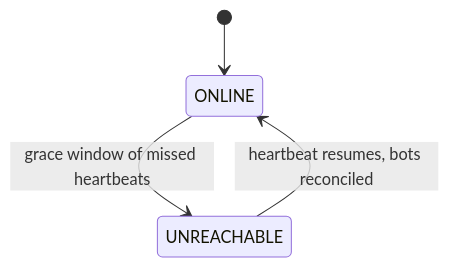
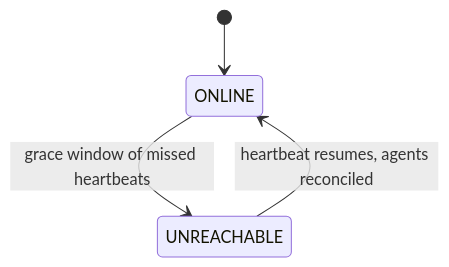
The third of 3 diagrams in FLEET_CONNECTIVITY.md (integr-dev/osmium), drawn with Mermaid before and after one commit. The commit also changed other lines of this file and 49 other files, not shown here.

First line of the commit message:
refactor!: rename bots to agents, and the agent transport to host

````diff
--- a/FLEET_CONNECTIVITY.md
+++ b/FLEET_CONNECTIVITY.md
@@ -263,6 +263,6 @@
 ```mermaid
 stateDiagram-v2
     [*] --> ONLINE
     ONLINE --> UNREACHABLE: grace window of missed heartbeats
-    UNREACHABLE --> ONLINE: heartbeat resumes, bots reconciled
+    UNREACHABLE --> ONLINE: heartbeat resumes, agents reconciled
 ```
````
